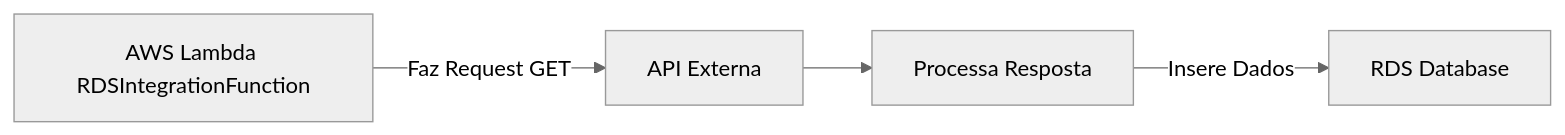
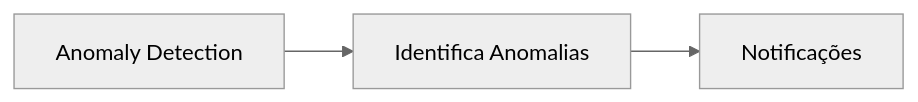
The fifth of 5 diagrams in Bootcamp - Cloud para dados/Aula_10/README.md (lvgalvao/data-engineering-roadmap), drawn with Mermaid (neutral theme) before and after one commit. The commit also changed other lines of this file and 1 other file, not shown here.

Commit message:
aws cost explorer

````diff
--- a/Bootcamp - Cloud para dados/Aula_10/README.md
+++ b/Bootcamp - Cloud para dados/Aula_10/README.md
@@ -323,6 +198,5 @@
    ```mermaid
    graph LR
-       Lambda5[AWS Lambda RDSIntegrationFunction] -->|Faz Request GET| API[API Externa]
-       API --> Process5[Processa Resposta]
-       Process5 -->|Insere Dados| RDS[RDS Database]
+       AnomalyDetection[Anomaly Detection] --> IdentifyAnomalies[Identifica Anomalias]
+       IdentifyAnomalies --> Notifications[Notificações]
    ```
````
